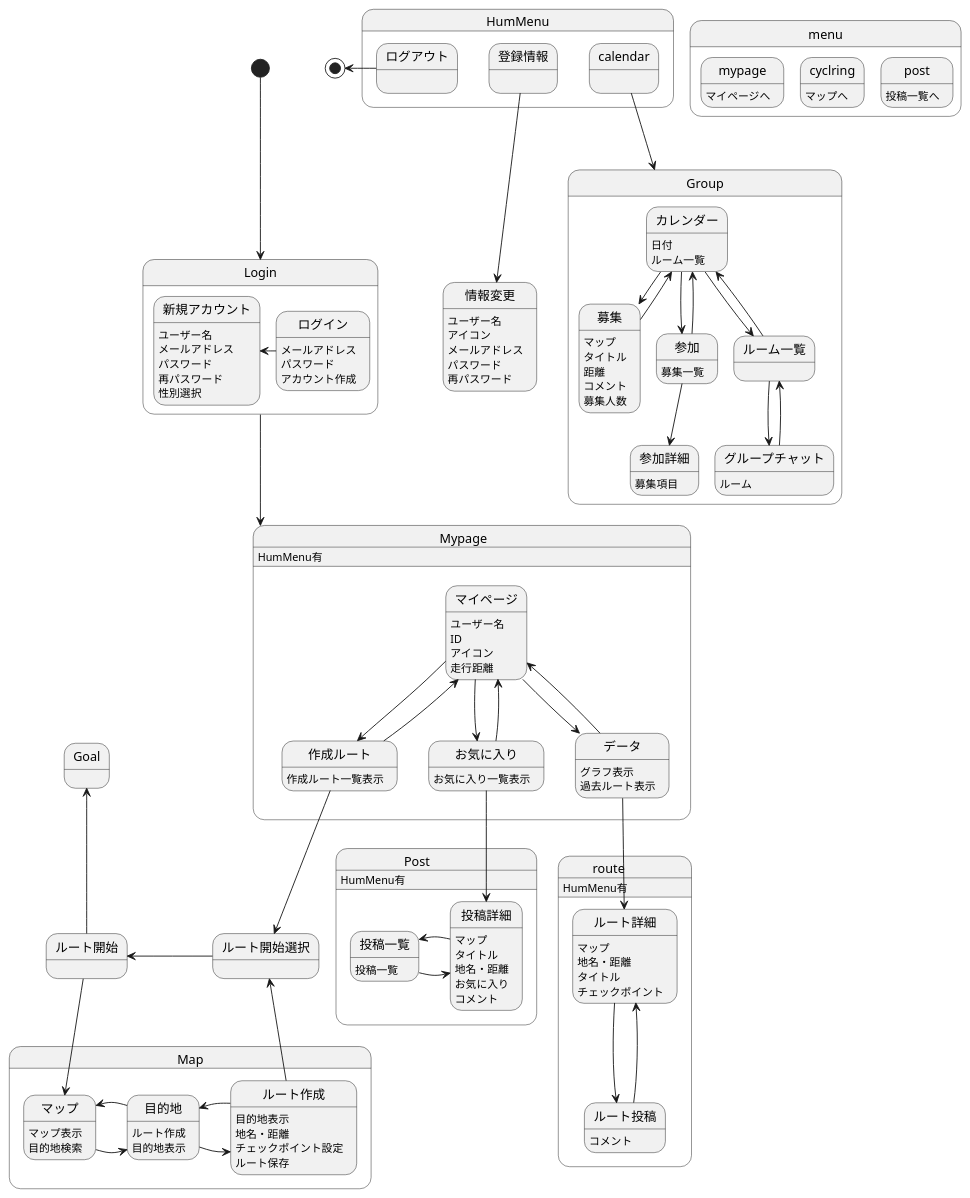
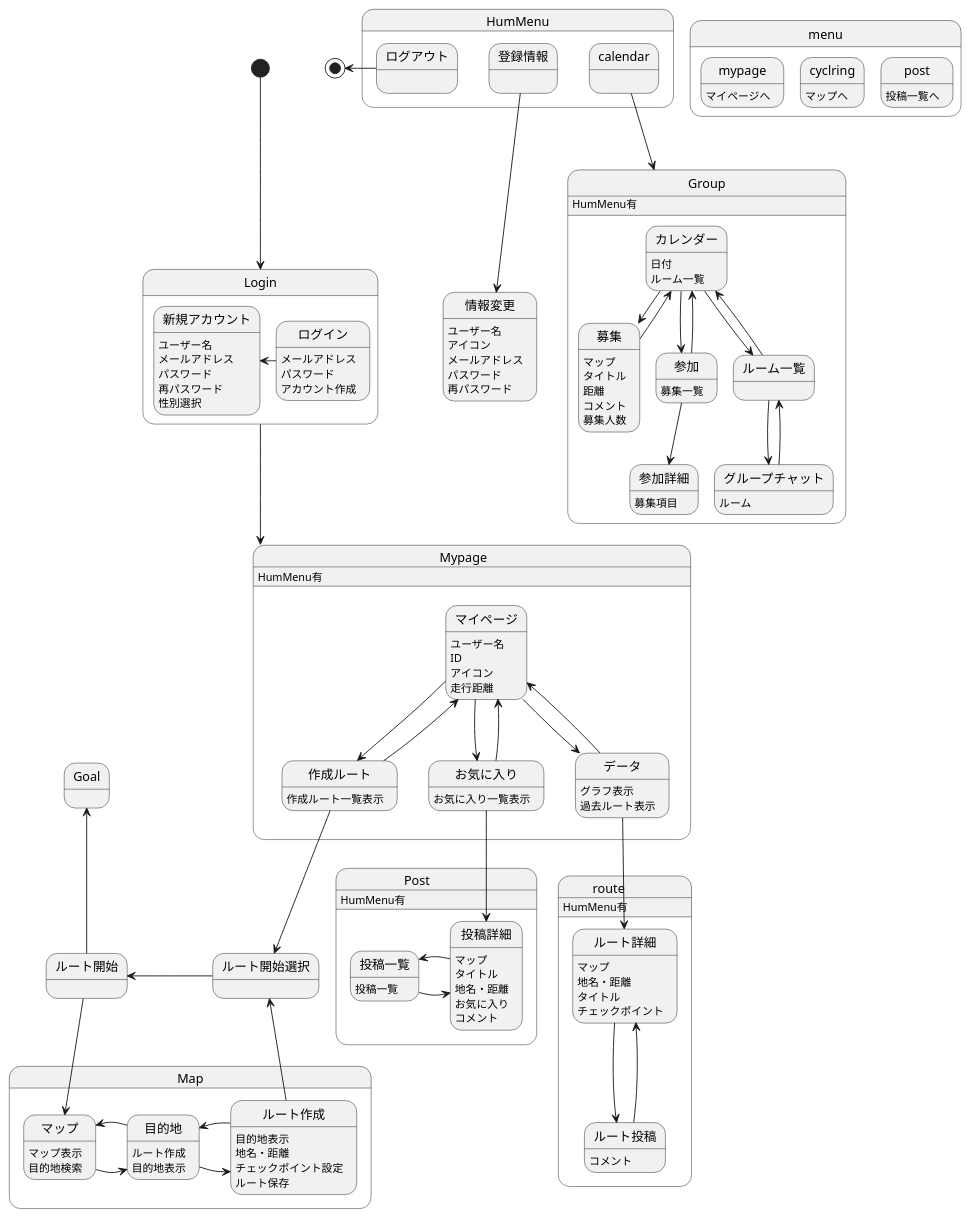
Before and after one commit to AsoSD3A3/CyclingSystem: the diagram in 画面遷移図/gm.md, drawn with PlantUML.

```diff
--- a/画面遷移図/gm.md
+++ b/画面遷移図/gm.md
@@ -23,6 +23,7 @@
 ログアウト-left->[*]
 
 state Group{
+Group:HumMenu有
 カレンダー:日付
 カレンダー:ルーム一覧
 カレンダー-->募集
```
